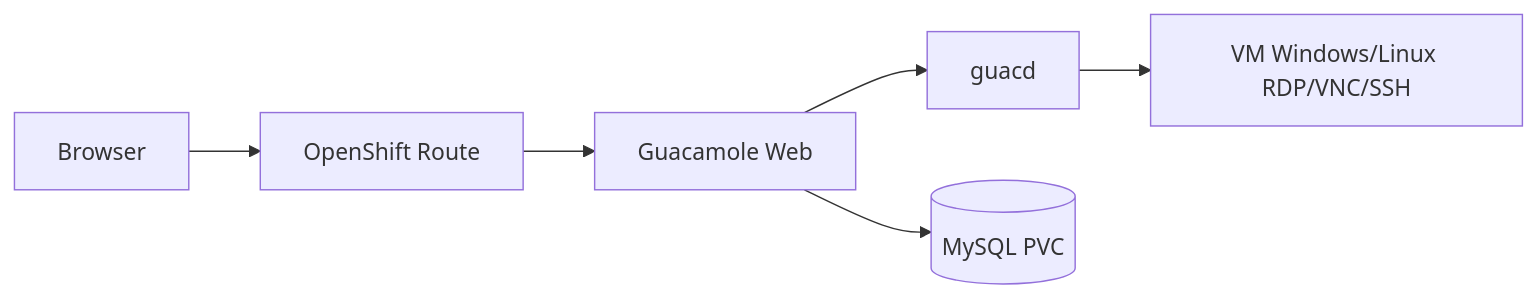
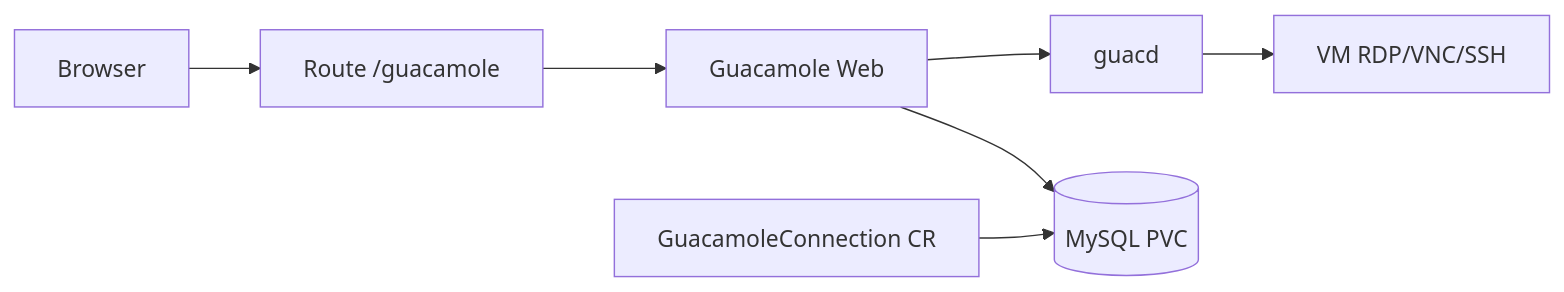
The diagram in README.md (raphaelmorsch/guacamole-operator), drawn with Mermaid before and after one commit. The commit also changed other lines of this file, not shown here.

First line of the commit message:
Update README for operator v0.0.6 and GuacamoleConnection workflow.

````diff
--- a/README.md
+++ b/README.md
@@ -16,8 +30,9 @@
 ```mermaid
 flowchart LR
-    User[Browser] --> Route[OpenShift Route]
+    User[Browser] --> Route["Route /guacamole"]
     Route --> Guac[Guacamole Web]
     Guac --> Guacd[guacd]
     Guac --> MySQL[(MySQL PVC)]
-    Guacd --> Target[VM Windows/Linux RDP/VNC/SSH]
+    Guacd --> Target[VM RDP/VNC/SSH]
+    ConnCR[GuacamoleConnection CR] --> MySQL
 ```
````
